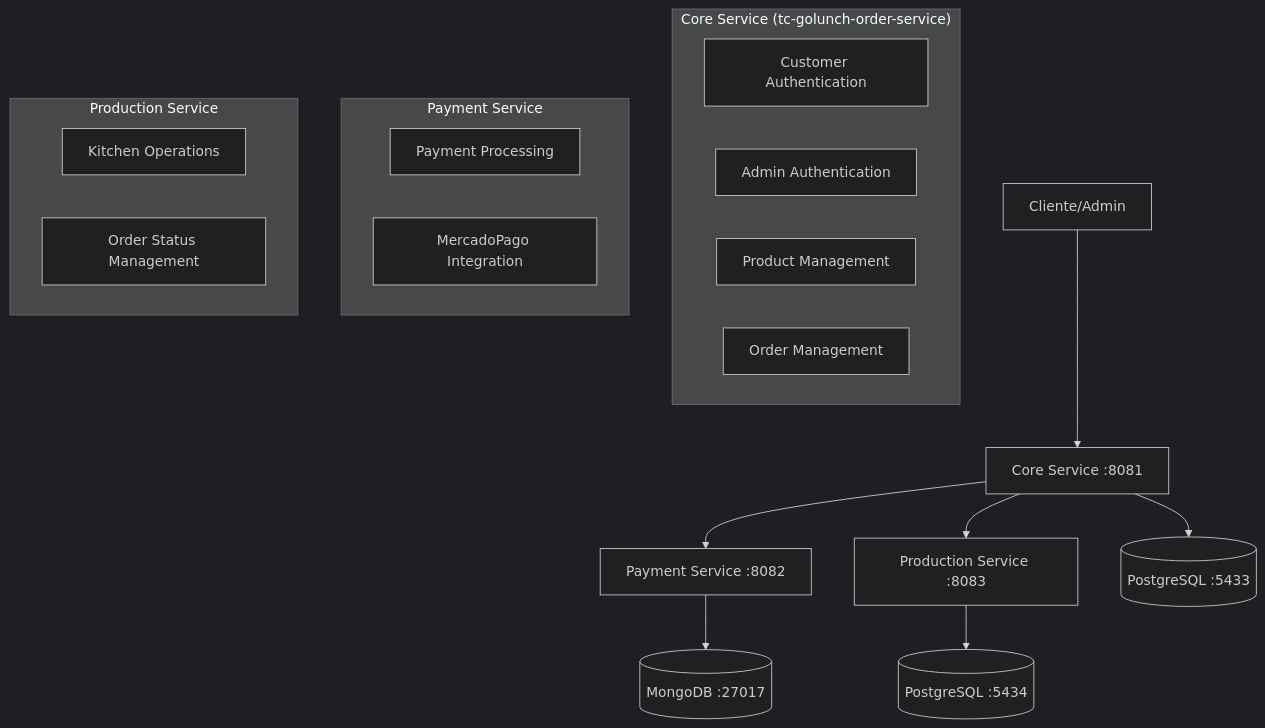
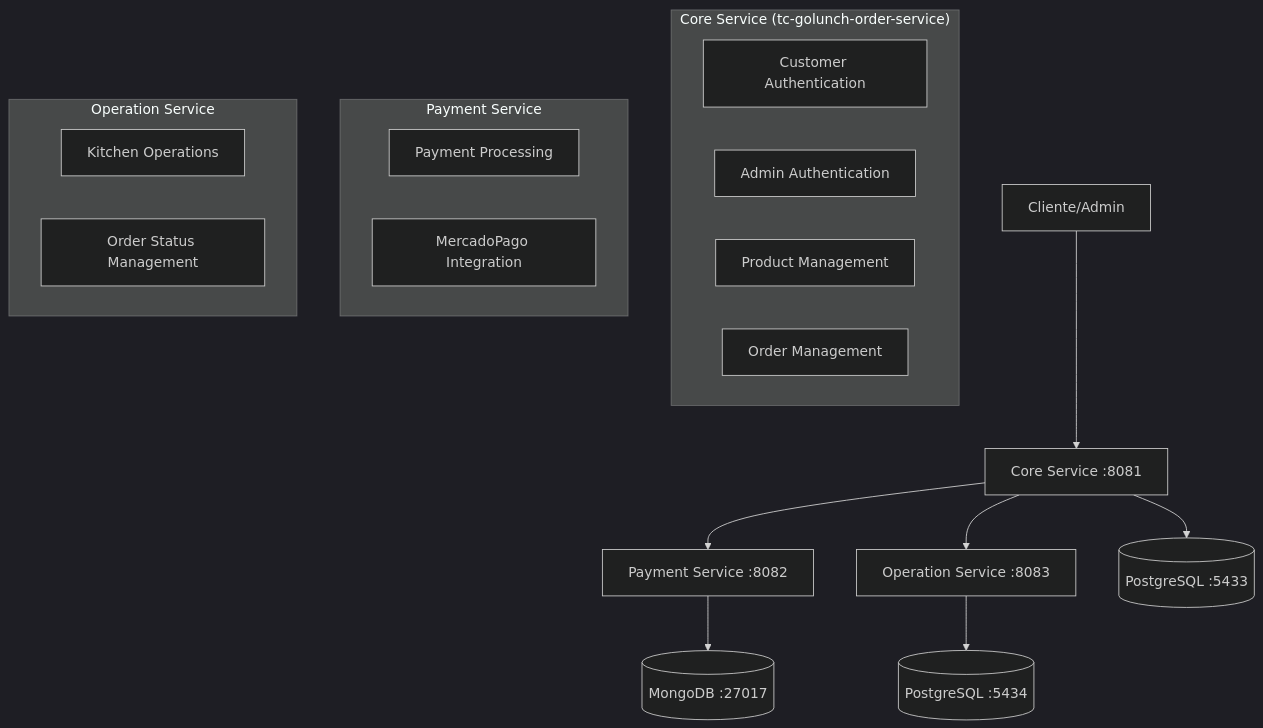
Before and after one commit to fiap-161/tc-golunch-core-service: the diagram in MICROSERVICES_ARCHITECTURE.md, drawn with Mermaid (dark theme). The commit also changed other lines of this file and 3 other files, not shown here.

Commit message:
Referencia para Service operation

````diff
--- a/MICROSERVICES_ARCHITECTURE.md
+++ b/MICROSERVICES_ARCHITECTURE.md
@@ -25,28 +25,28 @@
 ```mermaid
 graph TB
     Client[Cliente/Admin] --> CoreService[Core Service :8081]
     
     CoreService --> PaymentService[Payment Service :8082]
-    CoreService --> ProductionService[Production Service :8083]
+    CoreService --> ProductionService[Operation Service :8083]
     
     CoreService --> CoreDB[(PostgreSQL :5433)]
     PaymentService --> PaymentDB[(MongoDB :27017)]
     ProductionService --> ProductionDB[(PostgreSQL :5434)]
     
     subgraph "Core Service (tc-golunch-order-service)"
         CustomerAuth[Customer Authentication]
         AdminAuth[Admin Authentication]
         ProductMgmt[Product Management]
         OrderMgmt[Order Management]
     end
     
     subgraph "Payment Service"
         PaymentProc[Payment Processing]
         MercadoPago[MercadoPago Integration]
     end
     
-    subgraph "Production Service"  
+    subgraph "Operation Service"  
         KitchenOps[Kitchen Operations]
         OrderStatus[Order Status Management]
     end
 ```
````
